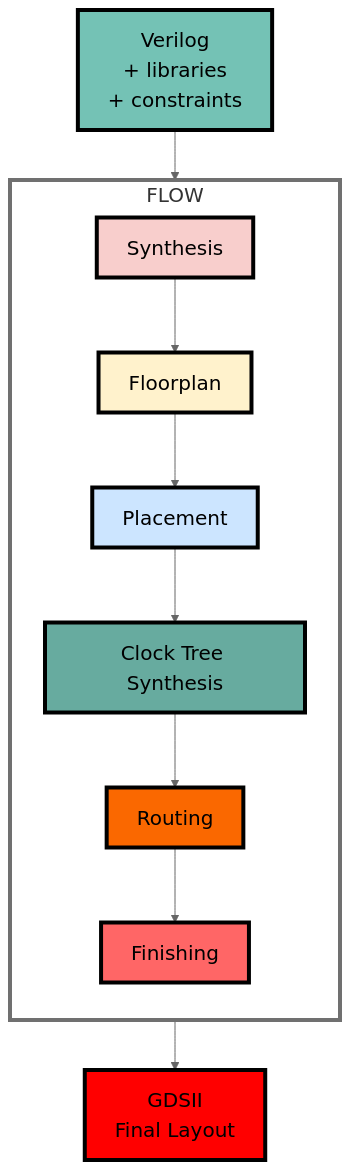
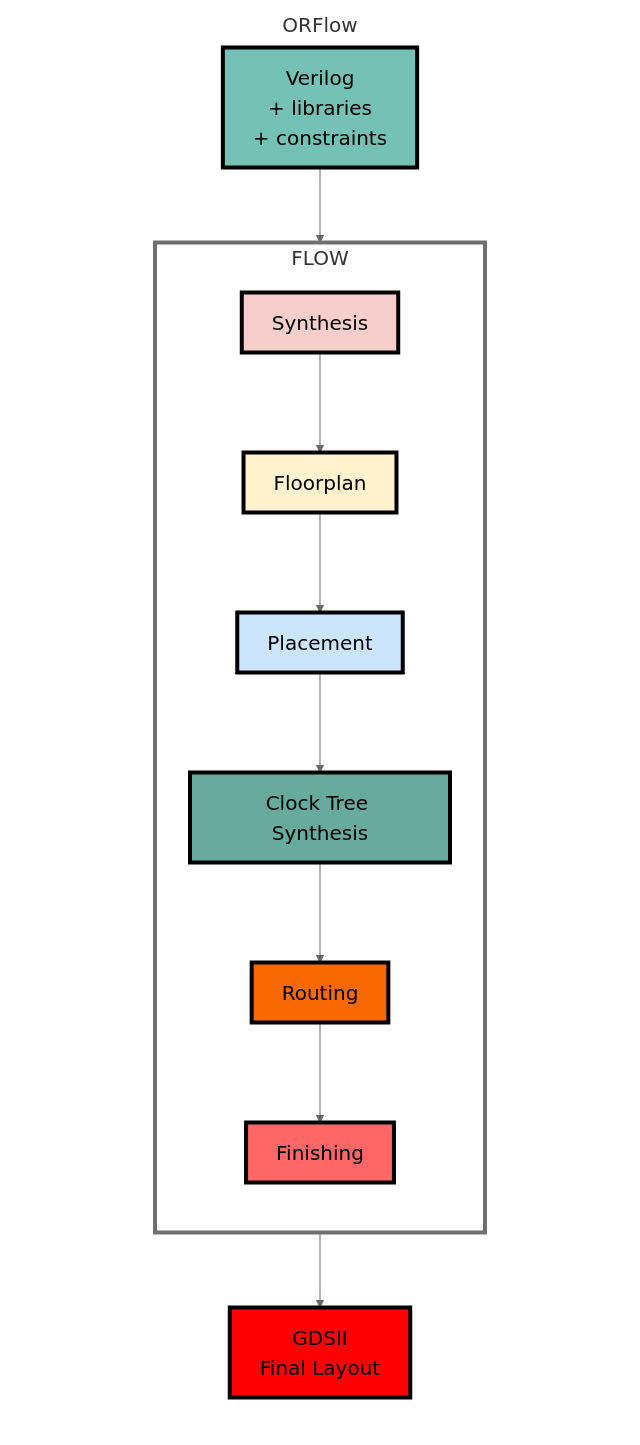
The first of 2 diagrams in README.md (The-OpenROAD-Project/OpenROAD), drawn with Mermaid before and after one commit.

Commit message:
try light mode mermaid diagram

````diff
--- a/README.md
+++ b/README.md
@@ -15,36 +15,46 @@
 ```mermaid
 %%{
   init: {
     'theme': 'neutral',
     'themeVariables': {
       'textColor': '#000000',
       'noteTextColor' : '#000000',
       'fontSize': '20px'
     }
   }
 }%%
+flowchart LR
+    b1[ ] --- ORFlow --- b2[ ]
+    style b1 stroke-width:0px, fill: #FFFFFF
+    style b2 stroke-width:0px, fill: #FFFFFF
+    linkStyle 0 stroke-width:0px
+    linkStyle 1 stroke-width:0px
 
-flowchart TB
-    A[Verilog\n+ libraries\n + constraints] --> FLOW
-    style A fill:#74c2b5,stroke:#000000,stroke-width:4px
-    subgraph FLOW
-    style FLOW fill:#FFFFFF00,stroke-width:4px
 
+    subgraph ORFlow
     direction TB
-        B[Synthesis]
-        B --> C[Floorplan] 
-        C --> D[Placement]
-        D --> E[Clock Tree Synthesis]
-        E --> F[Routing]
-        F --> G[Finishing]
-        style B fill:#f8cecc,stroke:#000000,stroke-width:4px
-        style C fill:#fff2cc,stroke:#000000,stroke-width:4px
-        style D fill:#cce5ff,stroke:#000000,stroke-width:4px
-        style E fill:#67ab9f,stroke:#000000,stroke-width:4px
-        style F fill:#fa6800,stroke:#000000,stroke-width:4px
-        style G fill:#ff6666,stroke:#000000,stroke-width:4px
+    style ORFlow fill:#ffffff, stroke-width:0px
+        A[Verilog\n+ libraries\n + constraints] --> FLOW
+        style A fill:#74c2b5,stroke:#000000,stroke-width:4px
+        subgraph FLOW
+        style FLOW fill:#FFFFFF00,stroke-width:4px
+
+        direction TB
+            B[Synthesis]
+            B --> C[Floorplan] 
+            C --> D[Placement]
+            D --> E[Clock Tree Synthesis]
+            E --> F[Routing]
+            F --> G[Finishing]
+            style B fill:#f8cecc,stroke:#000000,stroke-width:4px
+            style C fill:#fff2cc,stroke:#000000,stroke-width:4px
+            style D fill:#cce5ff,stroke:#000000,stroke-width:4px
+            style E fill:#67ab9f,stroke:#000000,stroke-width:4px
+            style F fill:#fa6800,stroke:#000000,stroke-width:4px
+            style G fill:#ff6666,stroke:#000000,stroke-width:4px
+        end
+
+        FLOW --> H[GDSII\n Final Layout]
+        style H fill:#ff0000,stroke:#000000,stroke-width:4px
     end
-
-    FLOW --> H[GDSII\n Final Layout]
-    style H fill:#ff0000,stroke:#000000,stroke-width:4px
 ```
````
